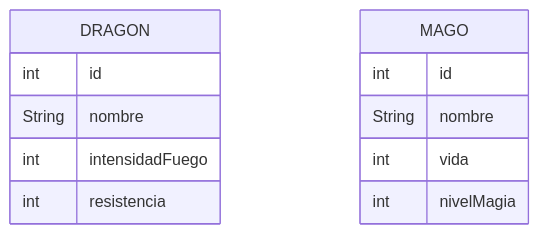
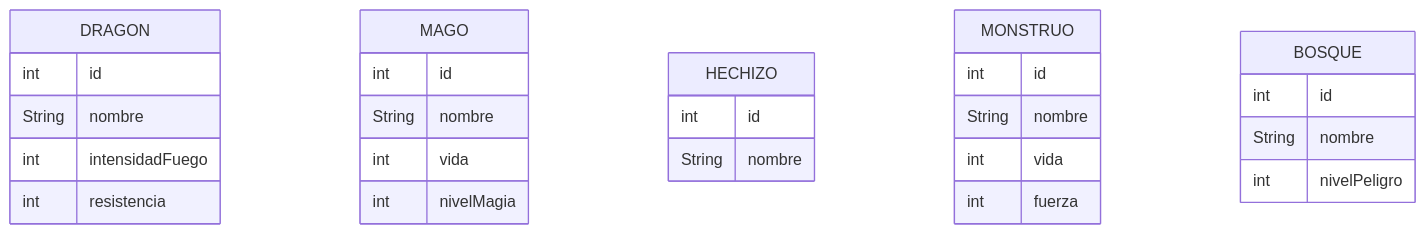
Before and after one commit to adriamPaz/drago: the second of 2 diagrams in readme.md, drawn with Mermaid. The commit also changed other lines of this file and 2 other files, not shown here.

Commit message:
actu readme y controladores

````diff
--- a/readme.md
+++ b/readme.md
@@ -54,15 +55,30 @@
 ```mermaid
 erDiagram
 DRAGON{
   int id
   String nombre
   int intensidadFuego
   int resistencia
 }
 MAGO{
   int id
   String nombre
   int vida
   int nivelMagia
 }
+HECHIZO{
+  int id
+  String nombre
+}
+MONSTRUO{
+  int id
+  String nombre
+  int vida
+  int fuerza
+}
+BOSQUE{
+  int id
+  String nombre
+  int nivelPeligro
+}
 ```
````
